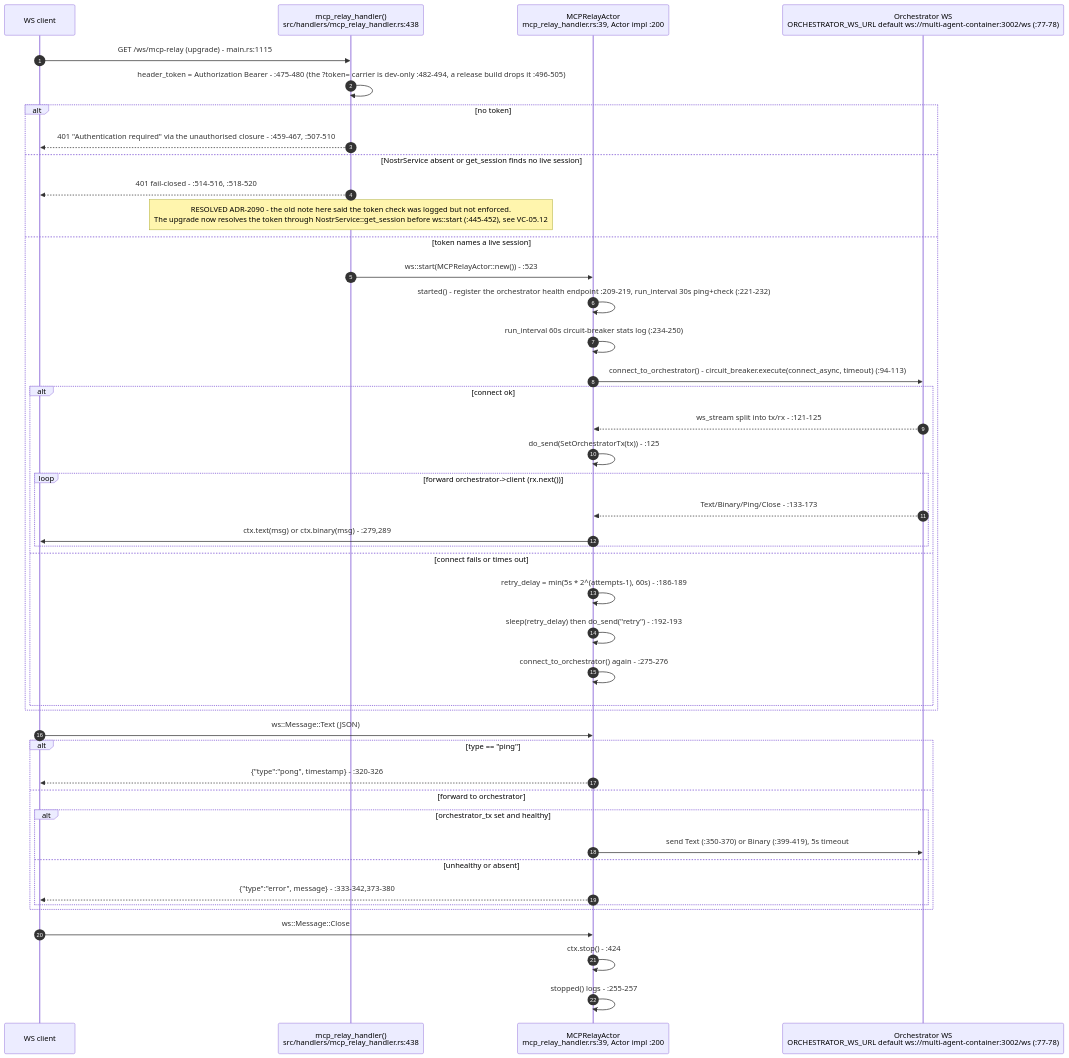
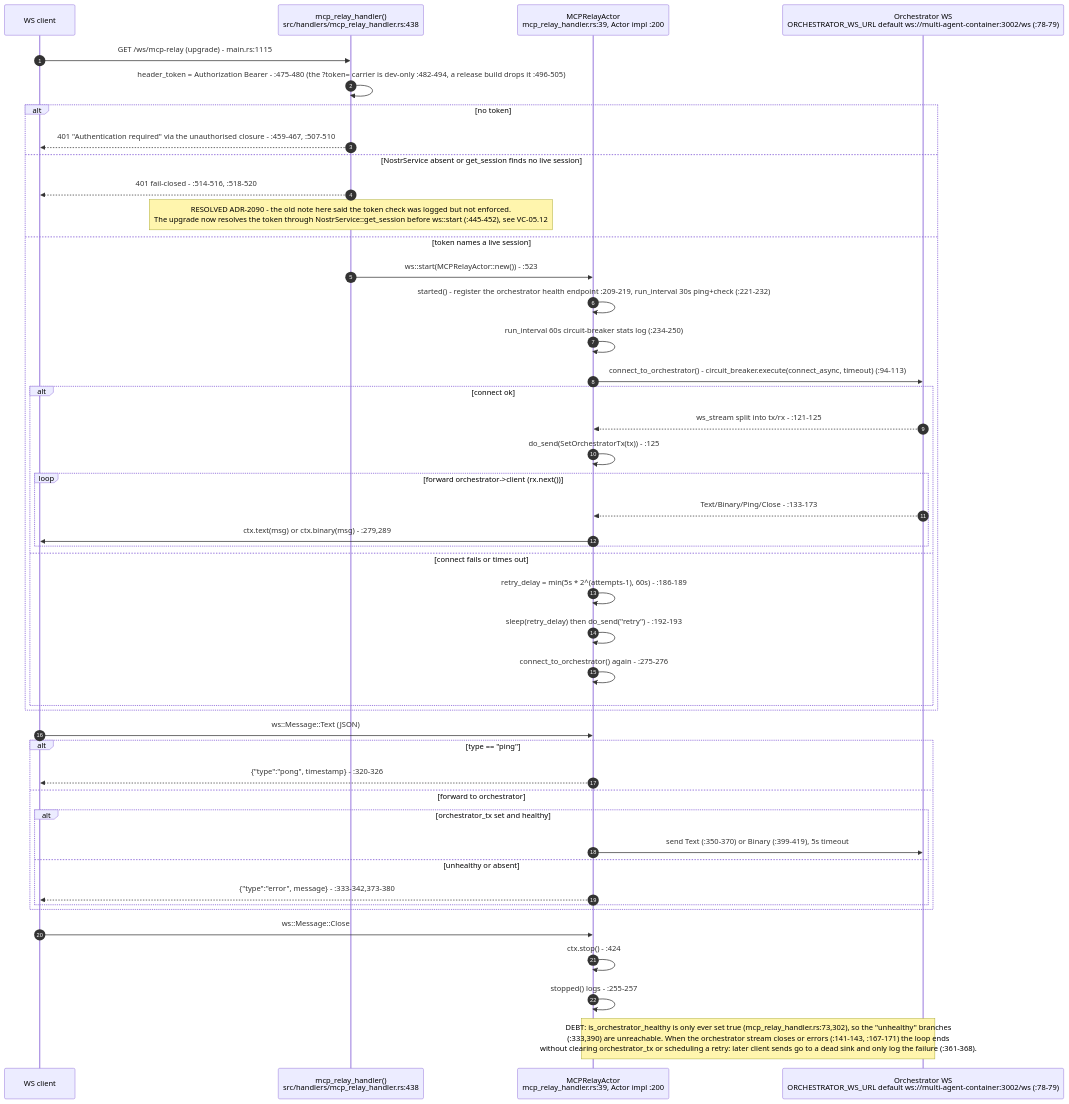
One commit to DreamLab-AI/VisionFlow changed the third of 11 diagrams in docs/diagrams/visionclaw/27-agent-integration-mcp-relay.md. Above: the diagram before and after it, drawn with Mermaid. The commit also changed other lines of this file and 173 other files, not shown here.

````diff
--- a/docs/diagrams/visionclaw/27-agent-integration-mcp-relay.md
+++ b/docs/diagrams/visionclaw/27-agent-integration-mcp-relay.md
@@ -119,47 +119,48 @@
 ```mermaid
 sequenceDiagram
     autonumber
     participant Client as WS client
     participant H as mcp_relay_handler()<br/>src/handlers/mcp_relay_handler.rs:438
     participant A as MCPRelayActor<br/>mcp_relay_handler.rs:39, Actor impl :200
-    participant O as Orchestrator WS<br/>ORCHESTRATOR_WS_URL default ws://multi-agent-container:3002/ws (:77-78)
+    participant O as Orchestrator WS<br/>ORCHESTRATOR_WS_URL default ws://multi-agent-container:3002/ws (:78-79)
 
     Client->>H: GET /ws/mcp-relay (upgrade) - main.rs:1115
     H->>H: header_token = Authorization Bearer - :475-480 (the ?token= carrier is dev-only :482-494, a release build drops it :496-505)
     alt no token
         H-->>Client: 401 "Authentication required" via the unauthorised closure - :459-467, :507-510
     else NostrService absent or get_session finds no live session
         H-->>Client: 401 fail-closed - :514-516, :518-520
         Note over H: RESOLVED ADR-2090 - the old note here said the token check was logged but not enforced.<br/>The upgrade now resolves the token through NostrService::get_session before ws::start (:445-452), see VC-05.12
     else token names a live session
         H->>A: ws::start(MCPRelayActor::new()) - :523
         A->>A: started() - register the orchestrator health endpoint :209-219, run_interval 30s ping+check (:221-232)
         A->>A: run_interval 60s circuit-breaker stats log (:234-250)
         A->>O: connect_to_orchestrator() - circuit_breaker.execute(connect_async, timeout) (:94-113)
         alt connect ok
             O-->>A: ws_stream split into tx/rx - :121-125
             A->>A: do_send(SetOrchestratorTx(tx)) - :125
             loop forward orchestrator->client (rx.next())
                 O-->>A: Text/Binary/Ping/Close - :133-173
                 A->>Client: ctx.text(msg) or ctx.binary(msg) - :279,289
             end
         else connect fails or times out
             A->>A: retry_delay = min(5s * 2^(attempts-1), 60s) - :186-189
             A->>A: sleep(retry_delay) then do_send("retry") - :192-193
             A->>A: connect_to_orchestrator() again - :275-276
         end
     end
     Client->>A: ws::Message::Text (JSON)
     alt type == "ping"
         A-->>Client: {"type":"pong", timestamp} - :320-326
     else forward to orchestrator
         alt orchestrator_tx set and healthy
             A->>O: send Text (:350-370) or Binary (:399-419), 5s timeout
         else unhealthy or absent
             A-->>Client: {"type":"error", message} - :333-342,373-380
         end
     end
     Client->>A: ws::Message::Close
     A->>A: ctx.stop() - :424
     A->>A: stopped() logs - :255-257
+    Note over A,O: DEBT: is_orchestrator_healthy is only ever set true (mcp_relay_handler.rs:73,302), so the "unhealthy" branches<br/>(:333,390) are unreachable. When the orchestrator stream closes or errors (:141-143, :167-171) the loop ends<br/>without clearing orchestrator_tx or scheduling a retry: later client sends go to a dead sink and only log the failure (:361-368).
 ```
````
